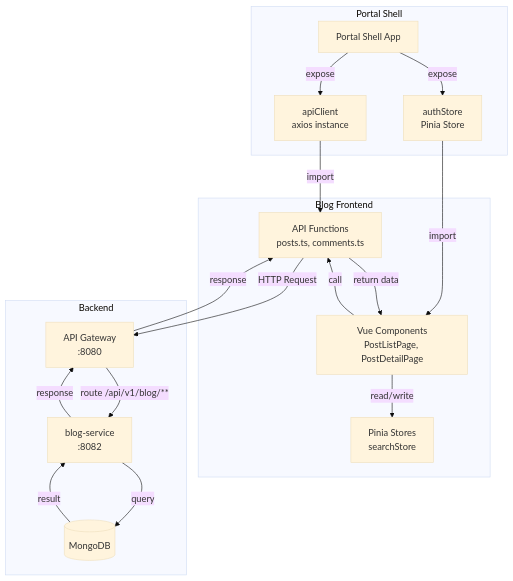
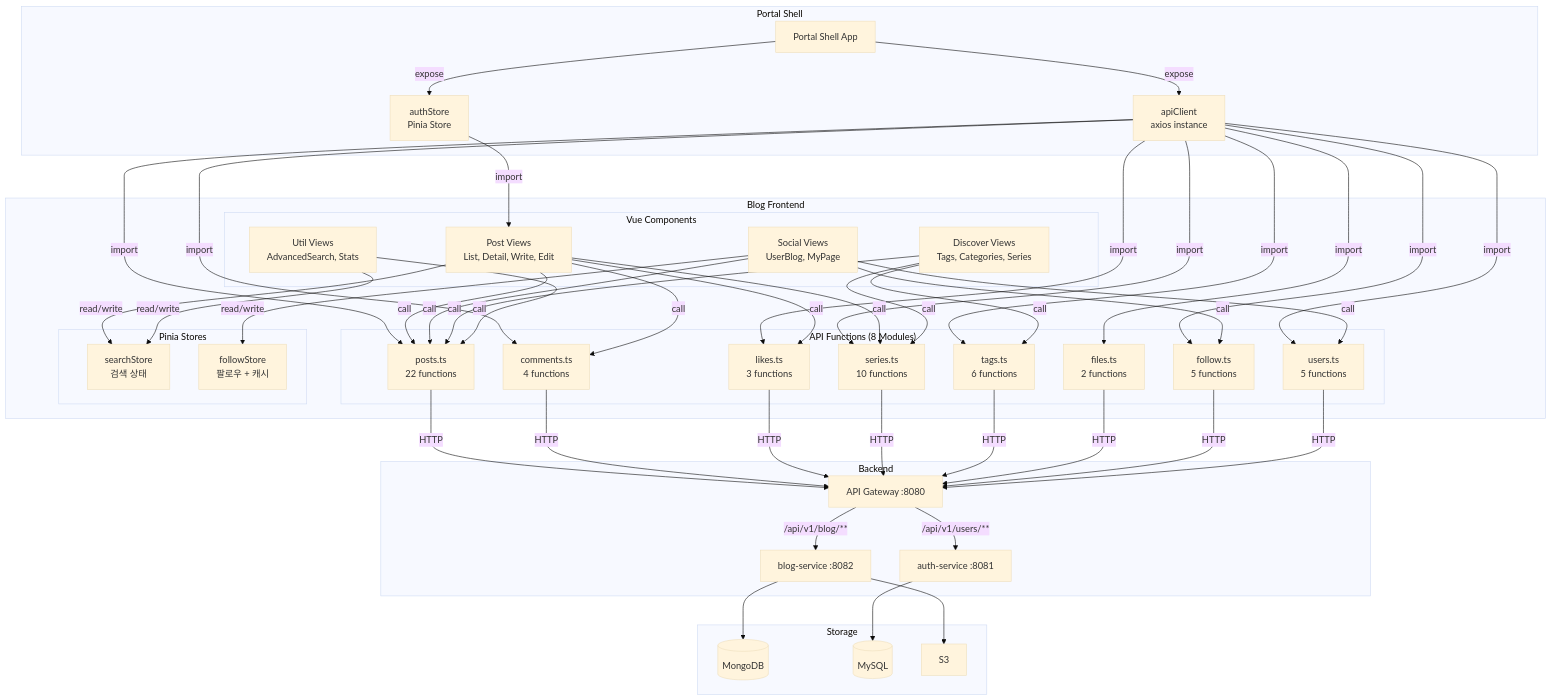
Before and after one commit to L-a-z-e/portal-universe: the first of 13 diagrams in docs/architecture/blog-frontend/data-flow.md, drawn with Mermaid (base theme). The commit also changed other lines of this file and 3 other files, not shown here.

First line of the commit message:
docs(architecture): rewrite blog-frontend docs to match actual codebase

````diff
--- a/docs/architecture/blog-frontend/data-flow.md
+++ b/docs/architecture/blog-frontend/data-flow.md
@@ -30,34 +30,67 @@
 ```mermaid
 graph TB
     subgraph "Portal Shell"
         PS[Portal Shell App]
         AC[apiClient<br/>axios instance]
         AS[authStore<br/>Pinia Store]
     end
 
     subgraph "Blog Frontend"
-        BC[Vue Components<br/>PostListPage, PostDetailPage]
-        API[API Functions<br/>posts.ts, comments.ts]
-        SS[Pinia Stores<br/>searchStore]
+        subgraph "Vue Components"
+            BC_POST[Post Views<br/>List, Detail, Write, Edit]
+            BC_SOCIAL[Social Views<br/>UserBlog, MyPage]
+            BC_DISCOVER[Discover Views<br/>Tags, Categories, Series]
+            BC_UTIL[Util Views<br/>AdvancedSearch, Stats]
+        end
+
+        subgraph "API Functions (8 Modules)"
+            API_POSTS[posts.ts<br/>22 functions]
+            API_COMMENTS[comments.ts<br/>4 functions]
+            API_LIKES[likes.ts<br/>3 functions]
+            API_SERIES[series.ts<br/>10 functions]
+            API_TAGS[tags.ts<br/>6 functions]
+            API_FILES[files.ts<br/>2 functions]
+            API_FOLLOW[follow.ts<br/>5 functions]
+            API_USERS[users.ts<br/>5 functions]
+        end
+
+        subgraph "Pinia Stores"
+            SS[searchStore<br/>검색 상태]
+            FS[followStore<br/>팔로우 + 캐시]
+        end
     end
 
     subgraph "Backend"
-        GW[API Gateway<br/>:8080]
-        BS[blog-service<br/>:8082]
-        DB[(MongoDB)]
+        GW[API Gateway :8080]
+        BS[blog-service :8082]
+        AUTH[auth-service :8081]
+    end
+
+    subgraph "Storage"
+        MONGO[(MongoDB)]
+        MYSQL[(MySQL)]
+        S3[S3]
     end
 
     PS -->|expose| AC
     PS -->|expose| AS
-    AC -->|import| API
-    AS -->|import| BC
-    BC -->|call| API
-    BC -->|read/write| SS
-    API -->|HTTP Request| GW
-    GW -->|route /api/v1/blog/**| BS
-    BS -->|query| DB
-    DB -->|result| BS
-    BS -->|response| GW
-    GW -->|response| API
-    API -->|return data| BC
+    AC -->|import| API_POSTS & API_COMMENTS & API_LIKES & API_SERIES & API_TAGS & API_FILES & API_FOLLOW & API_USERS
+    AS -->|import| BC_POST
+
+    BC_POST -->|call| API_POSTS & API_COMMENTS & API_LIKES & API_SERIES
+    BC_SOCIAL -->|call| API_USERS & API_FOLLOW & API_POSTS
+    BC_DISCOVER -->|call| API_TAGS & API_SERIES & API_POSTS
+    BC_UTIL -->|call| API_POSTS
+
+    BC_POST & BC_UTIL -->|read/write| SS
+    BC_SOCIAL -->|read/write| FS
+
+    API_POSTS & API_COMMENTS & API_LIKES & API_SERIES & API_TAGS & API_FILES -->|HTTP| GW
+    API_FOLLOW & API_USERS -->|HTTP| GW
+
+    GW -->|/api/v1/blog/**| BS
+    GW -->|/api/v1/users/**| AUTH
+
+    BS --> MONGO & S3
+    AUTH --> MYSQL
 ```
````
